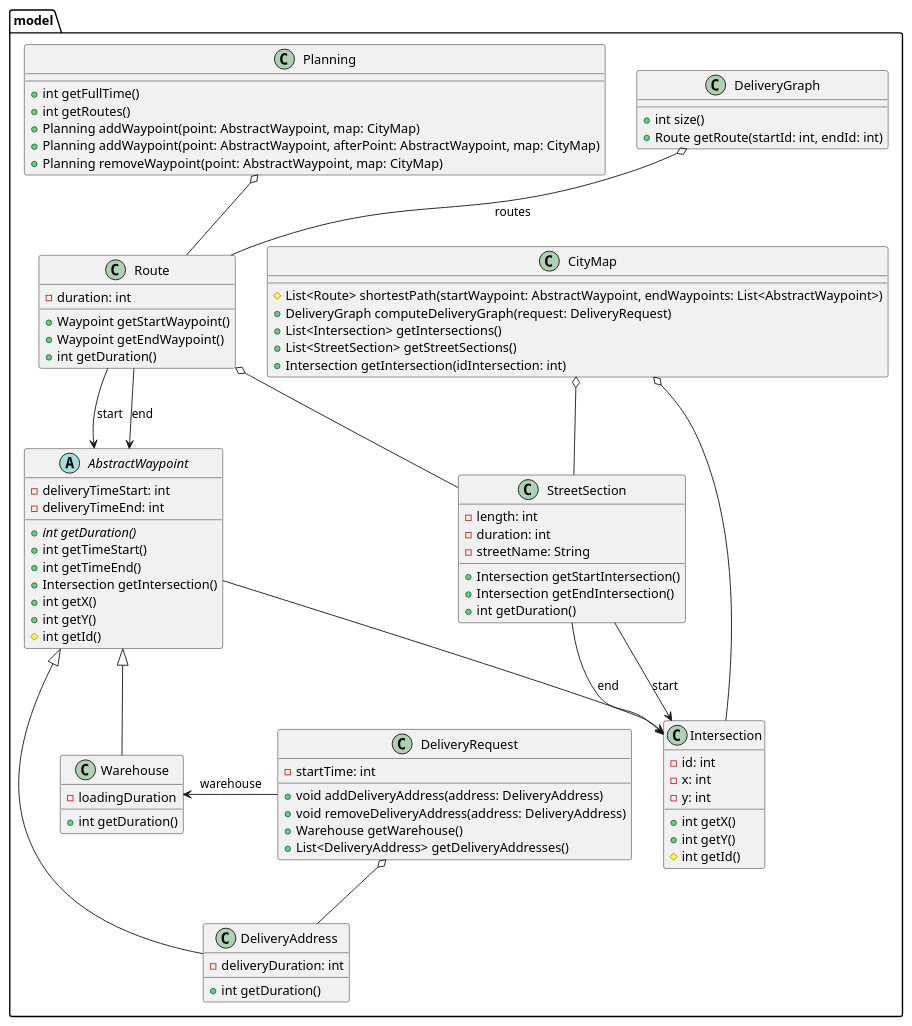
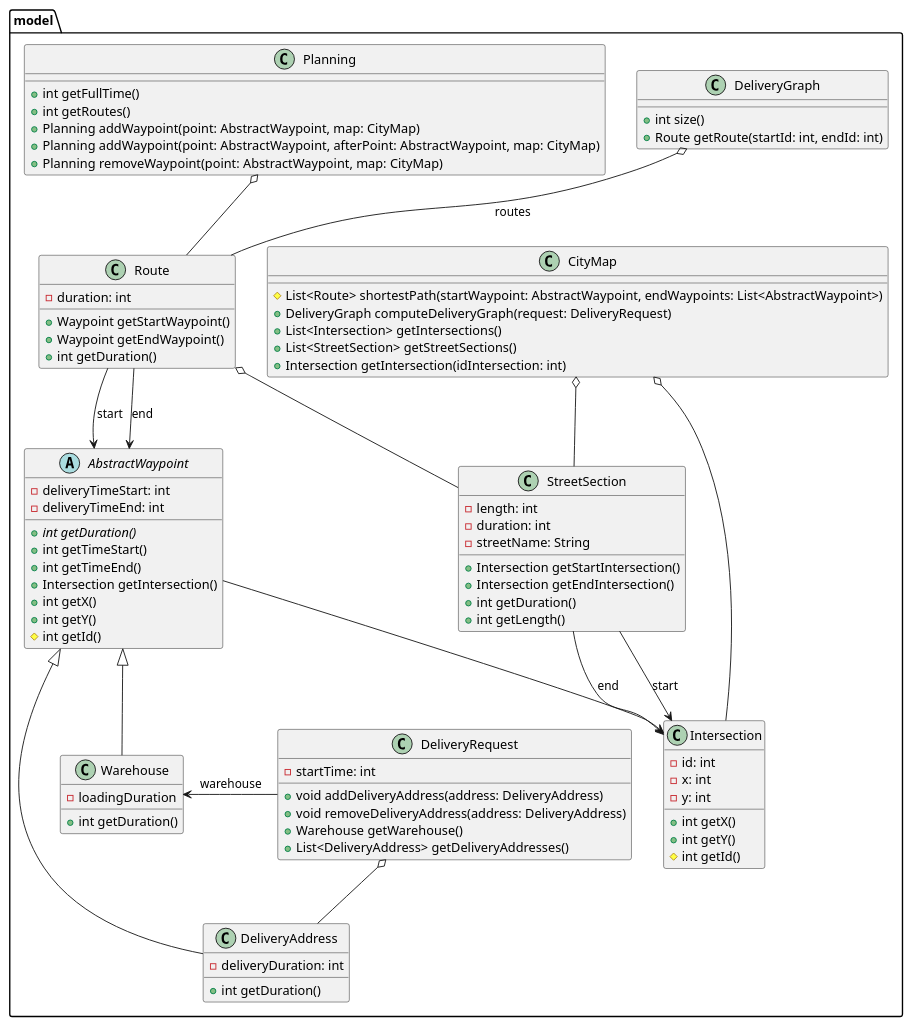
Before and after one commit to if-h4102/pld-agile: the diagram in docs/uml/package.model.puml, drawn with PlantUML. The commit also changed 4 other files, not shown here.

```diff
--- a/docs/uml/package.model.puml
+++ b/docs/uml/package.model.puml
@@ -1,96 +1,97 @@
 @startuml
 
 package model {
     class CityMap {
        #List<Route> shortestPath(startWaypoint: AbstractWaypoint, endWaypoints: List<AbstractWaypoint>)
        +DeliveryGraph computeDeliveryGraph(request: DeliveryRequest)
        +List<Intersection> getIntersections()
        +List<StreetSection> getStreetSections()
        +Intersection getIntersection(idIntersection: int)
     }
 
     class DeliveryGraph {
         +int size()
         +Route getRoute(startId: int, endId: int)
     }
 
     class StreetSection {
         -length: int
         -duration: int
         -streetName: String
         +Intersection getStartIntersection()
         +Intersection getEndIntersection()
         +int getDuration()
+        +int getLength()
     }
 
     class Intersection {
         -id: int
         -x: int
         -y: int
         +int getX()
         +int getY()
         #int getId()
     }
 
     abstract class AbstractWaypoint {
     	-deliveryTimeStart: int
     	-deliveryTimeEnd: int
     	+{abstract} int getDuration()
     	+int getTimeStart()
     	+int getTimeEnd()
     	+Intersection getIntersection()
     	+int getX()
     	+int getY()
     	#int getId()
     }
 
     class DeliveryAddress {
         -deliveryDuration: int
         +int getDuration()
     }
 
     class Warehouse {
         -loadingDuration
         +int getDuration()
     }
 
     class DeliveryRequest {
         -startTime: int
         +void addDeliveryAddress(address: DeliveryAddress)
         +void removeDeliveryAddress(address: DeliveryAddress)
         +Warehouse getWarehouse()
         +List<DeliveryAddress> getDeliveryAddresses()
     }
 
     class Planning {
         +int getFullTime()
         +int getRoutes()
         +Planning addWaypoint(point: AbstractWaypoint, map: CityMap)
         +Planning addWaypoint(point: AbstractWaypoint, afterPoint: AbstractWaypoint, map: CityMap)
         +Planning removeWaypoint(point: AbstractWaypoint, map: CityMap)
     }
 
     class Route {
         -duration: int
         +Waypoint getStartWaypoint()
         +Waypoint getEndWaypoint()
         +int getDuration()
     }
 
     CityMap o-- StreetSection
     CityMap o-- Intersection
     AbstractWaypoint --> Intersection
     StreetSection --> Intersection : end
     StreetSection --> Intersection : start
     Route o-- StreetSection
     Route --> AbstractWaypoint : end
     Route --> AbstractWaypoint : start
     AbstractWaypoint <|-- DeliveryAddress
     AbstractWaypoint <|-- Warehouse
     DeliveryRequest o-- DeliveryAddress
     DeliveryRequest -left-> Warehouse : warehouse
     DeliveryGraph o-- Route : routes
     Planning o-- Route
 }
 
 @enduml
```
